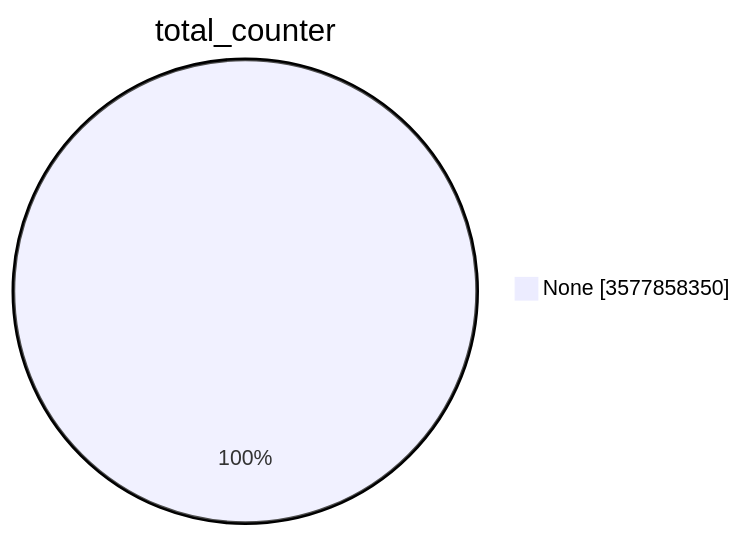
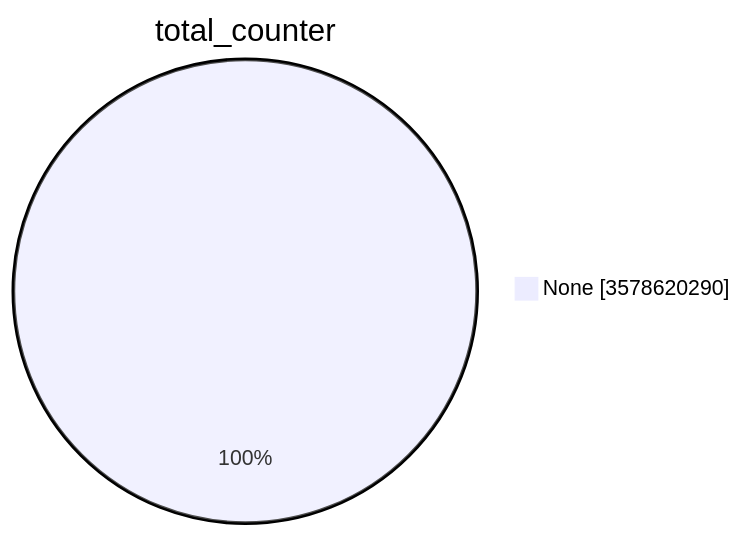
Before and after one commit to christiankrug/ctmonitor_visualization: the first of 15 diagrams in TOTAL/README.md, drawn with Mermaid. The commit also changed other lines of this file, not shown here.

````diff
--- a/TOTAL/README.md
+++ b/TOTAL/README.md
@@ -1,5 +1,5 @@
 ```mermaid
 pie showData
 title total_counter
-"None" :3577858350
+"None" :3578620290
 ```
````
